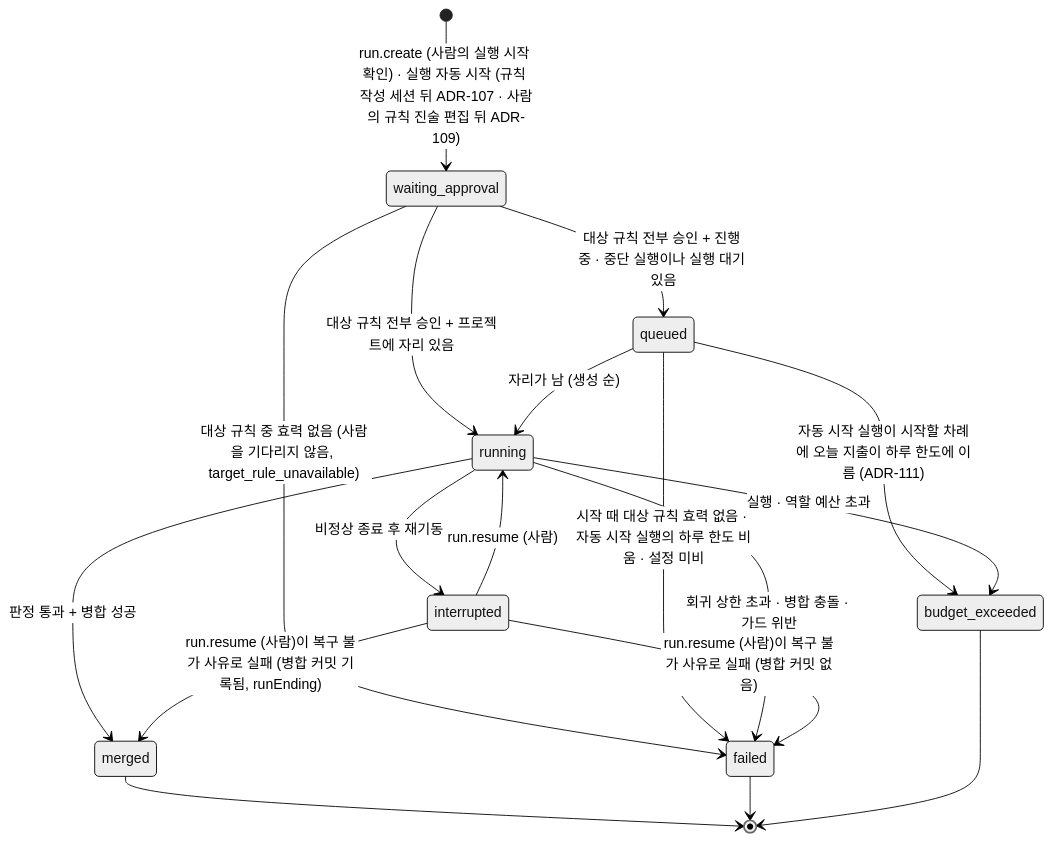
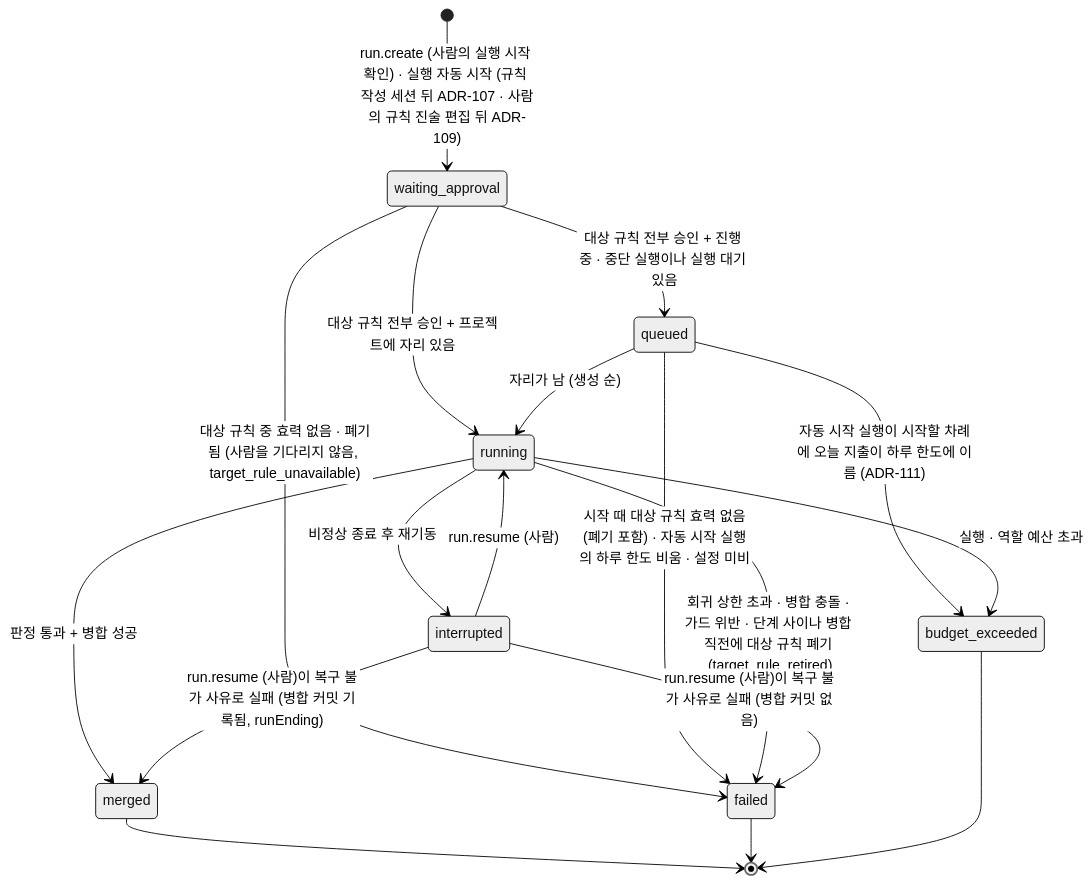
The second of 2 diagrams in docs/architecture.md (chanrhan/bive), drawn with Mermaid (neutral theme) before and after one commit. The commit also changed other lines of this file and 38 other files, not shown here.

````diff
--- a/docs/architecture.md
+++ b/docs/architecture.md
@@ -183,20 +185,20 @@
 ```mermaid
 stateDiagram-v2
   [*] --> waiting_approval: run.create (사람의 실행 시작 확인) · 실행 자동 시작 (규칙 작성 세션 뒤 ADR-107 · 사람의 규칙 진술 편집 뒤 ADR-109)
   waiting_approval --> running: 대상 규칙 전부 승인 + 프로젝트에 자리 있음
   waiting_approval --> queued: 대상 규칙 전부 승인 + 진행 중 · 중단 실행이나 실행 대기 있음
-  waiting_approval --> failed: 대상 규칙 중 효력 없음 (사람을 기다리지 않음, target_rule_unavailable)
+  waiting_approval --> failed: 대상 규칙 중 효력 없음 · 폐기됨 (사람을 기다리지 않음, target_rule_unavailable)
   queued --> running: 자리가 남 (생성 순)
-  queued --> failed: 시작 때 대상 규칙 효력 없음 · 자동 시작 실행의 하루 한도 비움 · 설정 미비
+  queued --> failed: 시작 때 대상 규칙 효력 없음(폐기 포함) · 자동 시작 실행의 하루 한도 비움 · 설정 미비
   queued --> budget_exceeded: 자동 시작 실행이 시작할 차례에 오늘 지출이 하루 한도에 이름 (ADR-111)
   running --> merged: 판정 통과 + 병합 성공
-  running --> failed: 회귀 상한 초과 · 병합 충돌 · 가드 위반
+  running --> failed: 회귀 상한 초과 · 병합 충돌 · 가드 위반 · 단계 사이나 병합 직전에 대상 규칙 폐기 (target_rule_retired)
   running --> budget_exceeded: 실행 · 역할 예산 초과
   running --> interrupted: 비정상 종료 후 재기동
   interrupted --> running: run.resume (사람)
   interrupted --> failed: run.resume (사람)이 복구 불가 사유로 실패 (병합 커밋 없음)
   interrupted --> merged: run.resume (사람)이 복구 불가 사유로 실패 (병합 커밋 기록됨, runEnding)
   merged --> [*]
   failed --> [*]
   budget_exceeded --> [*]
 ```
````
